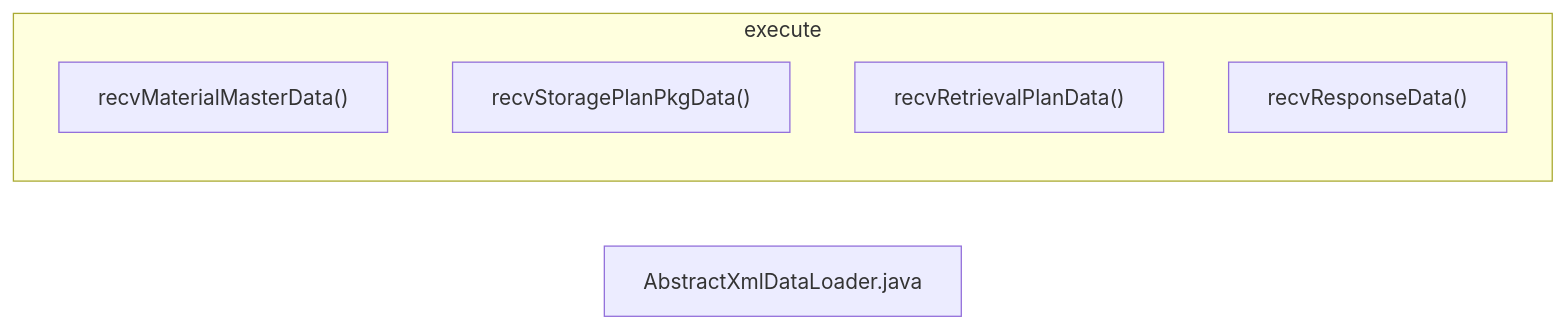
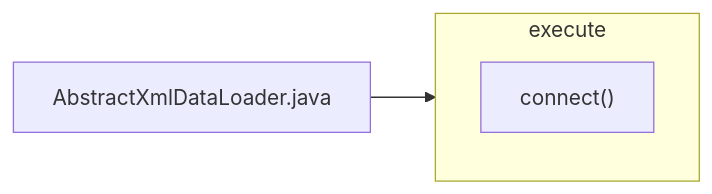
The second of 2 diagrams in Basic-Design/Host-Interfaces.md (luthfiadityaa/SimeDarby-Wiki), drawn with Mermaid before and after one commit.

Commit message:
Updated Host Interfaces

```diff
--- a/Basic-Design/Host-Interfaces.md
+++ b/Basic-Design/Host-Interfaces.md
@@ -59,11 +59,9 @@
 ::: mermaid
 flowchart LR
  C1["AbstractXmlDataLoader.java"]
+ C1 --> execute
 
 subgraph execute
- C3["recvMaterialMasterData()"]
- C4["recvStoragePlanPkgData()"]
- C5["recvRetrievalPlanData()"]
- C6["recvResponseData()"]
+ C3["connect()"]
 end
 :::
```
